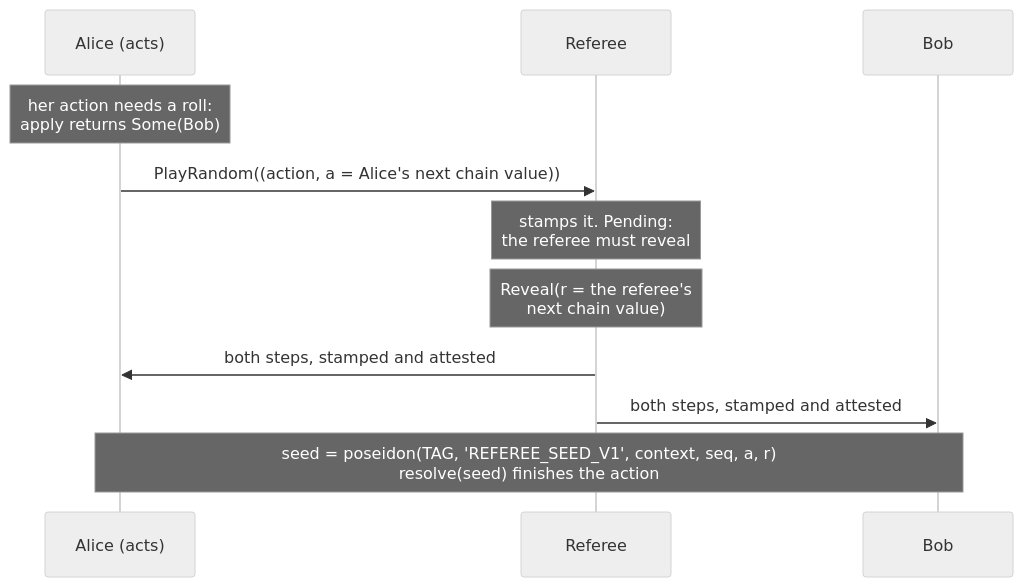
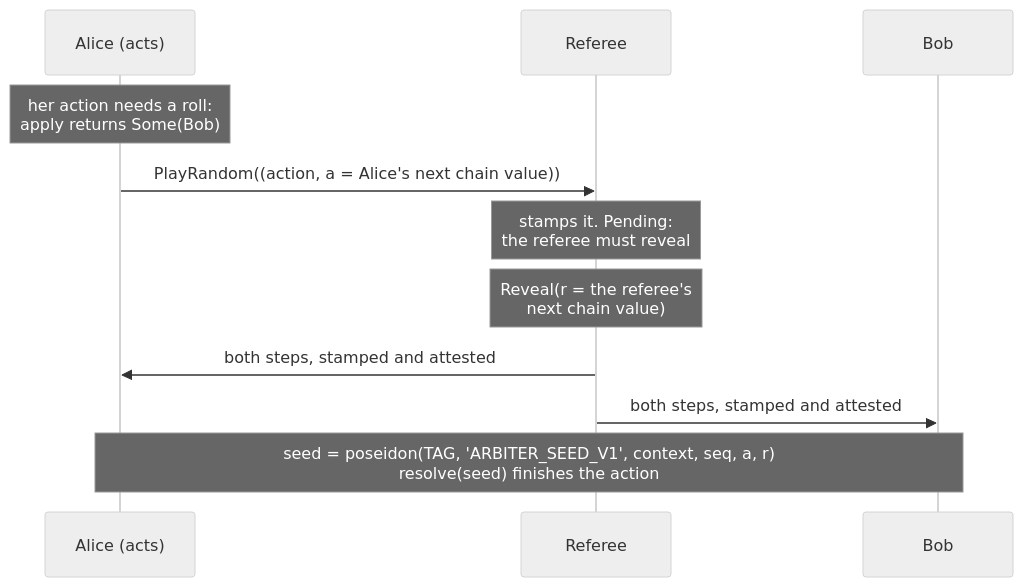
The second of 2 diagrams in docs/src/pages/concepts/randomness.mdx (broody/arbiter), drawn with Mermaid (neutral theme) before and after one commit. The commit also changed other lines of this file and 33 other files, not shown here.

First line of the commit message:
docs: rename the library to arbiter; referee is the role

````diff
--- a/docs/src/pages/concepts/randomness.mdx
+++ b/docs/src/pages/concepts/randomness.mdx
@@ -96,13 +96,13 @@
 ```mermaid
 sequenceDiagram
   participant A as Alice (acts)
   participant R as Referee
   participant B as Bob
   Note over A: her action needs a roll:<br/>apply returns Some(Bob)
   A->>R: PlayRandom((action, a = Alice's next chain value))
   Note over R: stamps it. Pending:<br/>the referee must reveal
   Note over R: Reveal(r = the referee's<br/>next chain value)
   R->>A: both steps, stamped and attested
   R->>B: both steps, stamped and attested
-  Note over A,B: seed = poseidon(TAG, 'REFEREE_SEED_V1', context, seq, a, r)<br/>resolve(seed) finishes the action
+  Note over A,B: seed = poseidon(TAG, 'ARBITER_SEED_V1', context, seq, a, r)<br/>resolve(seed) finishes the action
 ```
````
